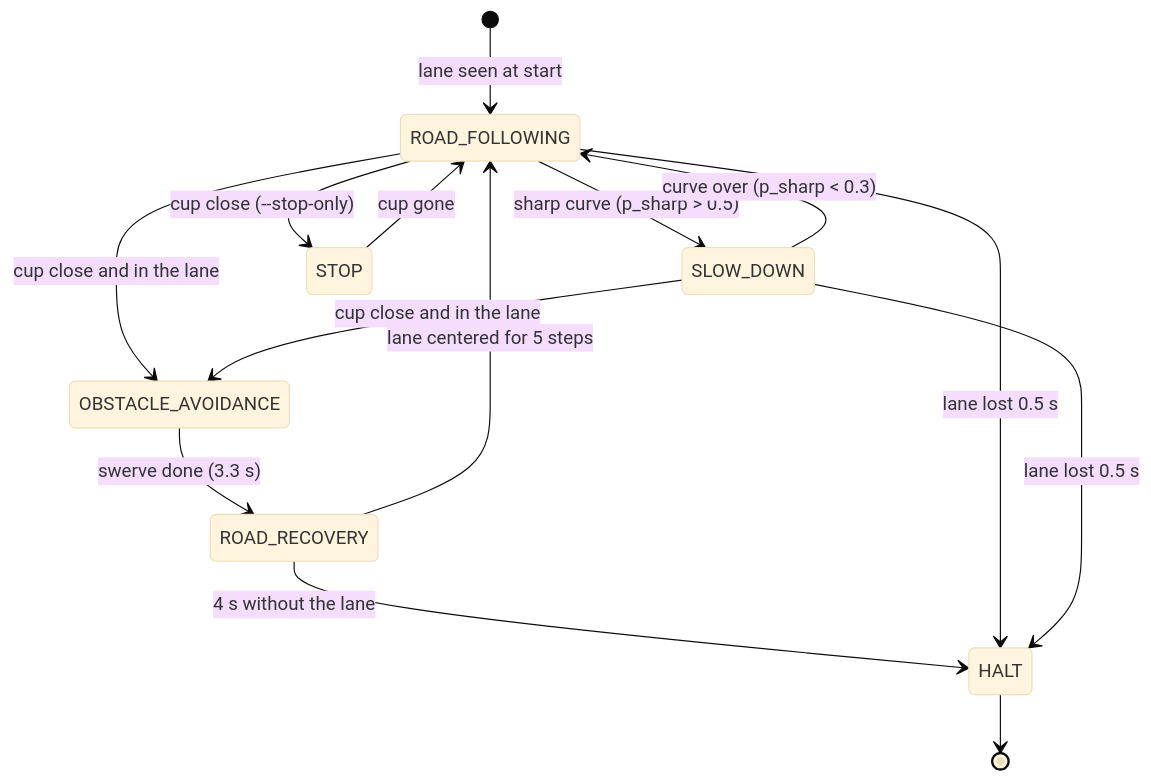
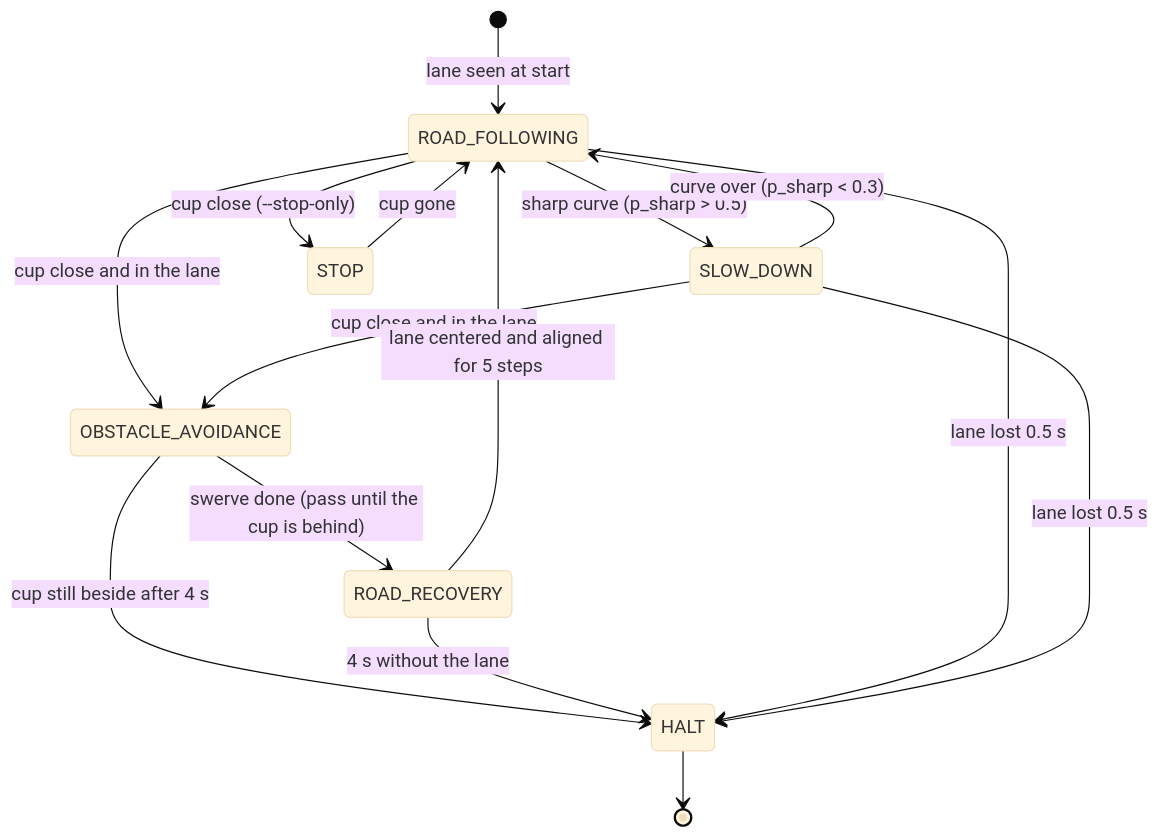
One commit to janniskrn/robotic-jetbot changed the diagram in notebooks/mini_av/STATE_MACHINE.md. Above: the diagram before and after it, drawn with Mermaid (base theme). The commit also changed other lines of this file and 11 other files, not shown here.

First line of the commit message:
Avoidance: pass guided by the cup mask, symmetric swerve, recovery needs an aligned lane (AVOID2, HYBRID)

````diff
--- a/notebooks/mini_av/STATE_MACHINE.md
+++ b/notebooks/mini_av/STATE_MACHINE.md
@@ -31,16 +32,17 @@
 ```mermaid
 stateDiagram-v2
     [*] --> ROAD_FOLLOWING: lane seen at start
     ROAD_FOLLOWING --> SLOW_DOWN: sharp curve (p_sharp > 0.5)
     SLOW_DOWN --> ROAD_FOLLOWING: curve over (p_sharp < 0.3)
     ROAD_FOLLOWING --> OBSTACLE_AVOIDANCE: cup close and in the lane
     SLOW_DOWN --> OBSTACLE_AVOIDANCE: cup close and in the lane
-    OBSTACLE_AVOIDANCE --> ROAD_RECOVERY: swerve done (3.3 s)
-    ROAD_RECOVERY --> ROAD_FOLLOWING: lane centered for 5 steps
+    OBSTACLE_AVOIDANCE --> ROAD_RECOVERY: swerve done (pass until the cup is behind)
+    OBSTACLE_AVOIDANCE --> HALT: cup still beside after 4 s
+    ROAD_RECOVERY --> ROAD_FOLLOWING: lane centered and aligned for 5 steps
     ROAD_RECOVERY --> HALT: 4 s without the lane
     ROAD_FOLLOWING --> STOP: cup close (--stop-only)
     STOP --> ROAD_FOLLOWING: cup gone
     ROAD_FOLLOWING --> HALT: lane lost 0.5 s
     SLOW_DOWN --> HALT: lane lost 0.5 s
     HALT --> [*]
 ```
````
